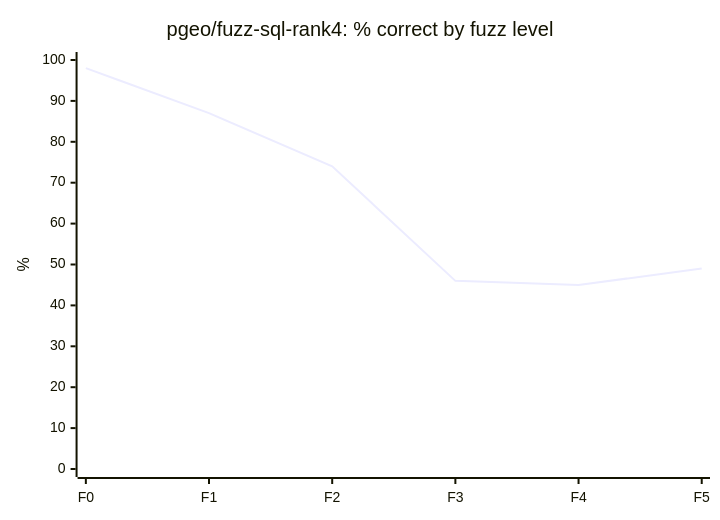
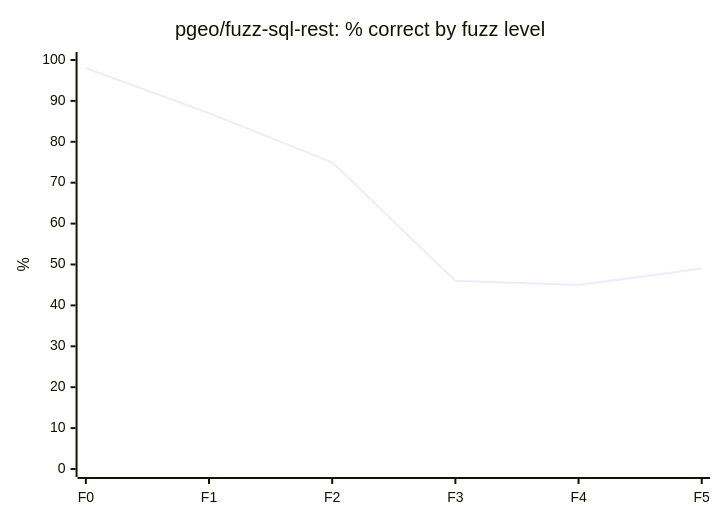
Before and after one commit to johnzastrow/pgeo: the sixth of 6 diagrams in docs/ACCURACY_RESULTS.md, drawn with Mermaid. The commit also changed other lines of this file and 4 other files, not shown here.

````diff
--- a/docs/ACCURACY_RESULTS.md
+++ b/docs/ACCURACY_RESULTS.md
@@ -151,7 +151,7 @@
 ```mermaid
 xychart-beta
-    title "pgeo/fuzz-sql-rank4: % correct by fuzz level"
+    title "pgeo/fuzz-sql-rest: % correct by fuzz level"
     x-axis [F0, F1, F2, F3, F4, F5]
     y-axis "%" 0 --> 100
-    line [98, 87, 74, 46, 45, 49]
+    line [98, 87, 75, 46, 45, 49]
 ```
````
